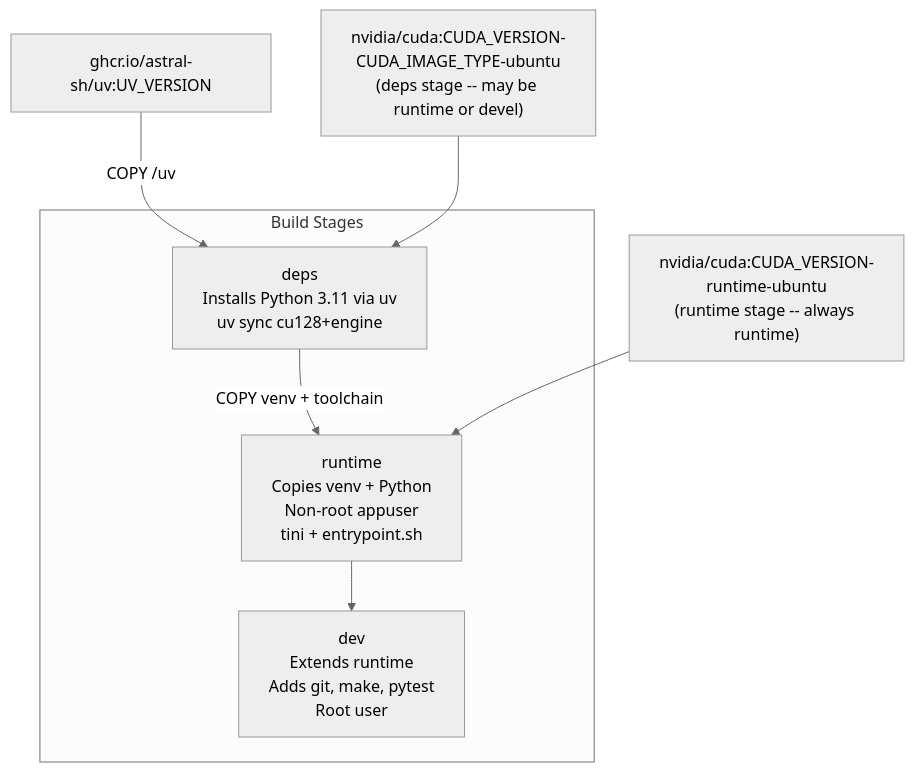
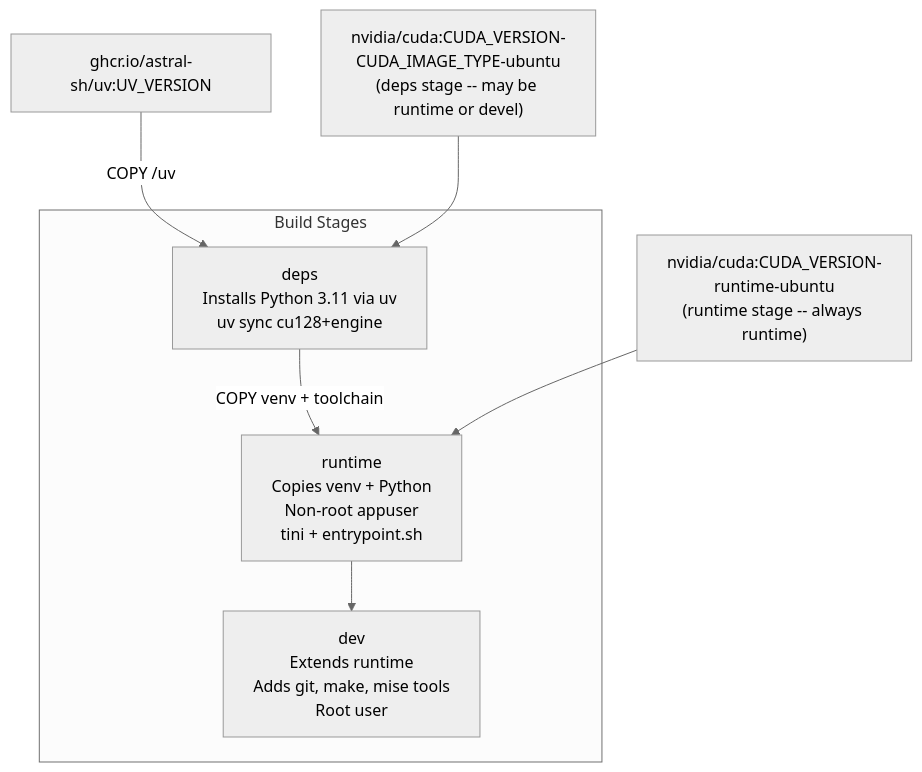
The diagram in docs/developer-guide/docker.md (NVIDIA-NeMo/Safe-Synthesizer), drawn with Mermaid (neutral theme) before and after one commit. The commit also changed other lines of this file and 21 other files, not shown here.

````diff
--- a/docs/developer-guide/docker.md
+++ b/docs/developer-guide/docker.md
@@ -19,18 +19,18 @@
 ```mermaid
 flowchart TD
     uvImage["ghcr.io/astral-sh/uv:UV_VERSION"]
     cudaBuild["nvidia/cuda:CUDA_VERSION-CUDA_IMAGE_TYPE-ubuntu\n(deps stage -- may be runtime or devel)"]
     cudaRuntime["nvidia/cuda:CUDA_VERSION-runtime-ubuntu\n(runtime stage -- always runtime)"]
 
     subgraph stages [Build Stages]
         deps["deps\nInstalls Python 3.11 via uv\nuv sync cu128+engine"]
         runtime["runtime\nCopies venv + Python\nNon-root appuser\ntini + entrypoint.sh"]
-        dev["dev\nExtends runtime\nAdds git, make, pytest\nRoot user"]
+        dev["dev\nExtends runtime\nAdds git, make, mise tools\nRoot user"]
     end
 
     uvImage -->|"COPY /uv"| deps
     cudaBuild --> deps
     deps -->|"COPY venv + toolchain"| runtime
     cudaRuntime --> runtime
     runtime --> dev
 ```
````
